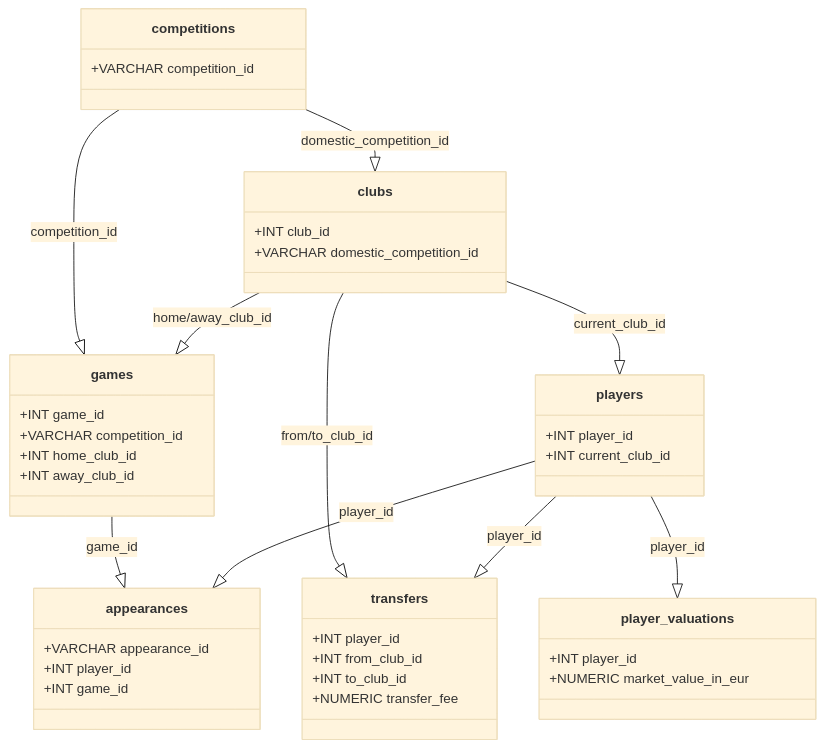
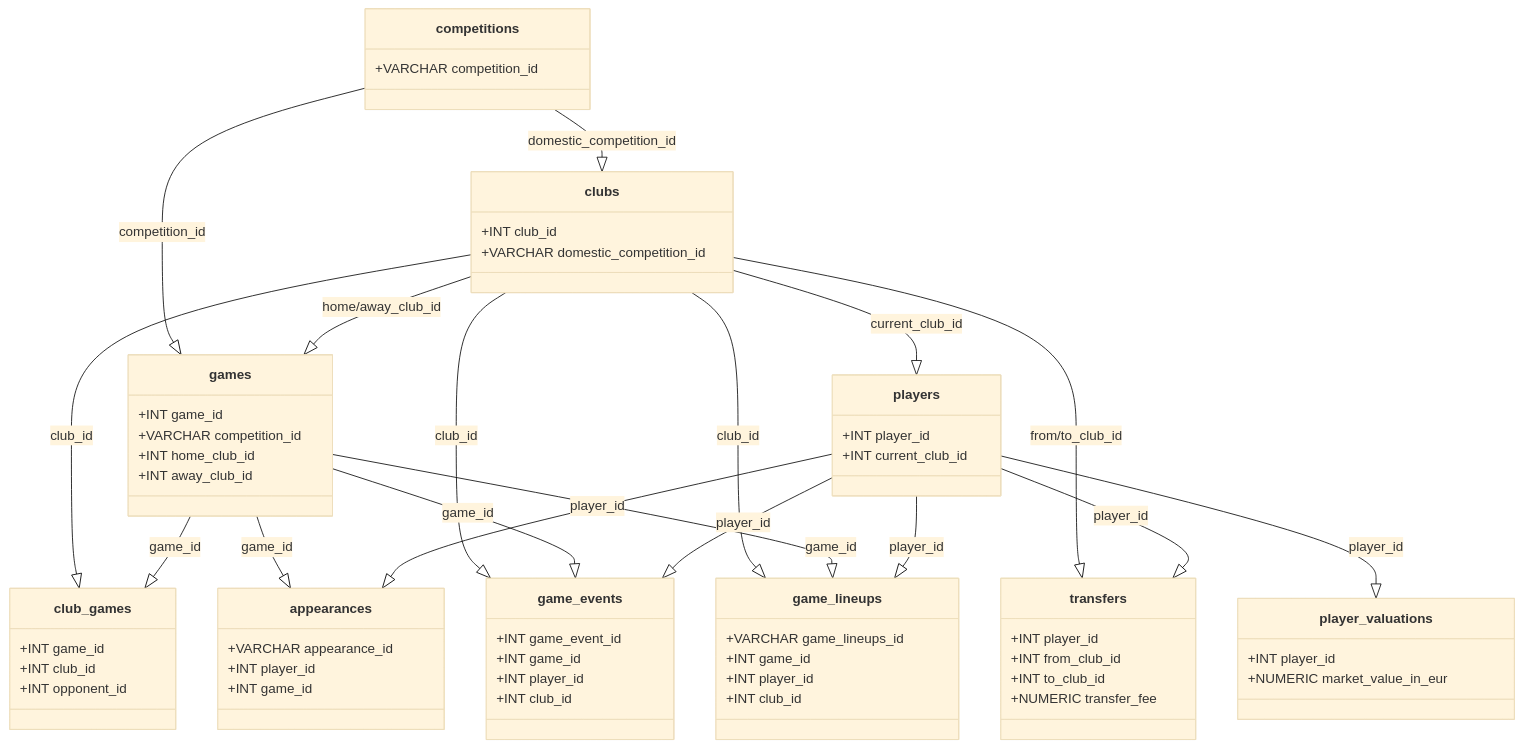
One commit to rafalrydzkowski/SQL_Transfermarkt_Data_Warehouse changed the diagram in docs/proba.mmd. Above: the diagram before and after it, drawn with Mermaid (base theme).

Commit message:
Update player valuations and game event classes

```diff
--- a/docs/proba.mmd
+++ b/docs/proba.mmd
@@ -1,57 +1,81 @@
 classDiagram
     direction TB
 
     %% Level 1: Meta-data
     class competitions {
         +VARCHAR competition_id
     }
 
     %% Level 2: Core Entities (Aligned)
     class games {
         +INT game_id
         +VARCHAR competition_id
         +INT home_club_id
         +INT away_club_id
     }
     class clubs {
         +INT club_id
         +VARCHAR domestic_competition_id
     }
 
     %% Level 3: Player & Transaction Data
     class players {
         +INT player_id
         +INT current_club_id
     }
     class transfers {
         +INT player_id
         +INT from_club_id
         +INT to_club_id
         +NUMERIC transfer_fee
     }
+    class player_valuations {
+        +INT player_id
+        +NUMERIC market_value_in_eur
+    }
 
-    %% Level 4: Performance & Valuation (Leaf Tables)
+    %% Level 4: Match Details & Performance (Fact Tables)
     class appearances {
         +VARCHAR appearance_id
         +INT player_id
         +INT game_id
     }
-    class player_valuations {
+    class game_events {
+        +INT game_event_id
+        +INT game_id
         +INT player_id
-        +NUMERIC market_value_in_eur
+        +INT club_id
+    }
+    class game_lineups {
+        +VARCHAR game_lineups_id
+        +INT game_id
+        +INT player_id
+        +INT club_id
+    }
+    class club_games {
+        +INT game_id
+        +INT club_id
+        +INT opponent_id
     }
 
     %% Relationships
     competitions --|> games : competition_id
     competitions --|> clubs : domestic_competition_id
     
-    %% KLUCZOWE POŁĄCZENIE CLUBS <-> GAMES
     clubs --|> games : home/away_club_id
-    
     clubs --|> players : current_club_id
     clubs --|> transfers : from/to_club_id
+    clubs --|> game_events : club_id
+    clubs --|> game_lineups : club_id
+    clubs --|> club_games : club_id
     
+    games --|> club_games : game_id
     games --|> appearances : game_id
+    games --|> game_events : game_id
+    games --|> game_lineups : game_id
+    
     players --|> appearances : player_id
     players --|> transfers : player_id
     players --|> player_valuations : player_id
+    players --|> game_events : player_id
+    players --|> game_lineups : player_id
```
